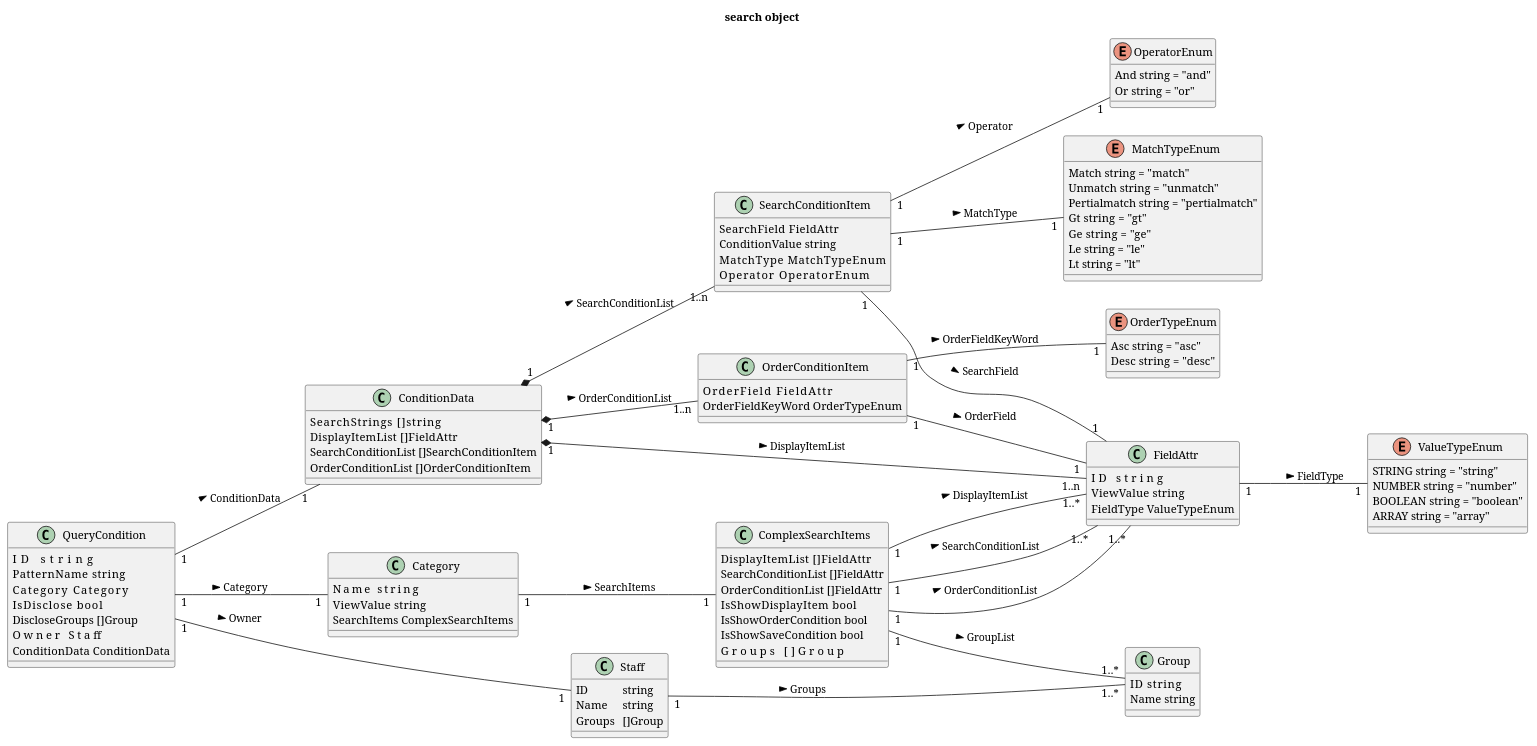
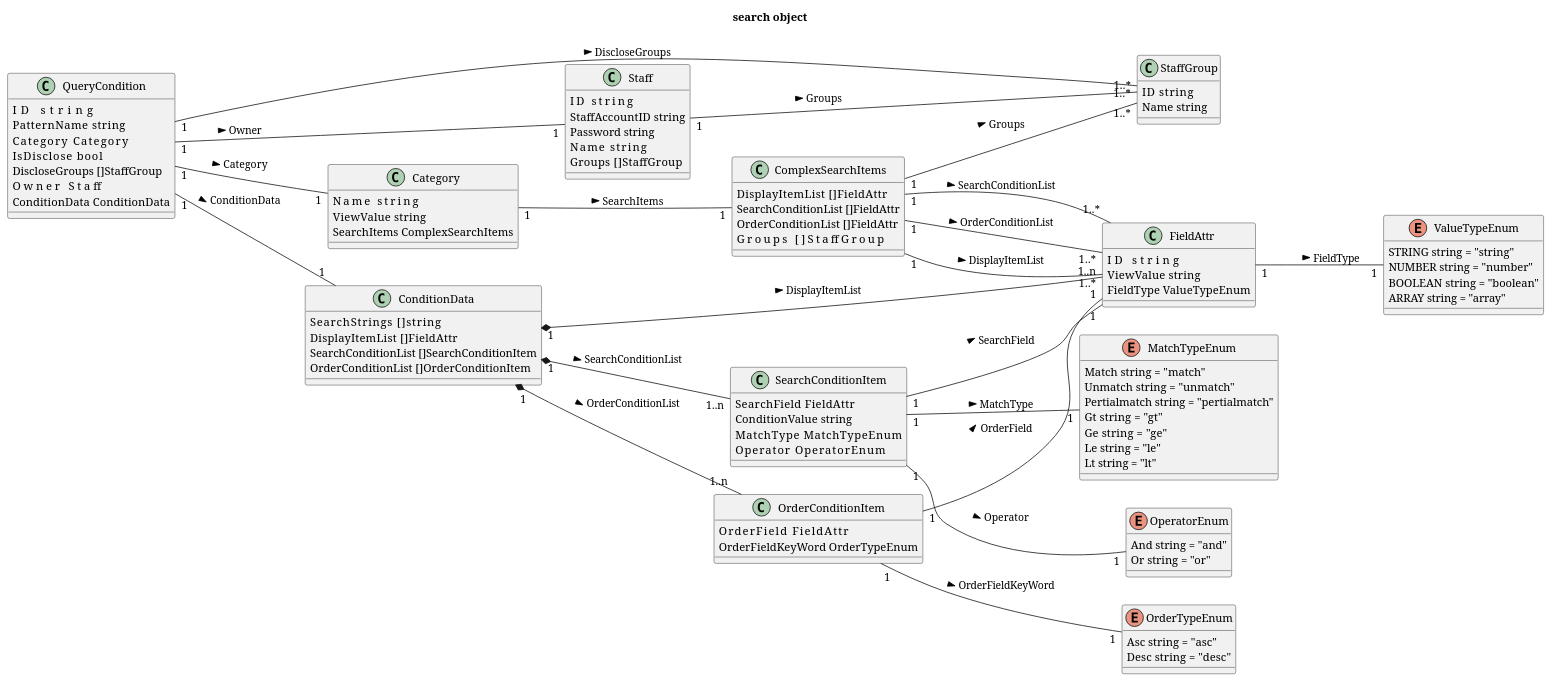
One commit to wazatoki/Regulus changed the first of 2 diagrams in documents/search.md. Above: the diagram before and after it, drawn with PlantUML. The commit also changed other lines of this file and 44 other files, not shown here.

````diff
--- a/documents/search.md
+++ b/documents/search.md
@@ -29,7 +29,7 @@
 
 FieldAttr "1" -- "1" ValueTypeEnum : FieldType >
 
-class Group {
+class StaffGroup {
 	ID   string
 	Name string
 }
@@ -38,16 +38,13 @@
 	DisplayItemList      []FieldAttr
 	SearchConditionList  []FieldAttr
 	OrderConditionList   []FieldAttr
-	IsShowDisplayItem    bool
-	IsShowOrderCondition bool
-	IsShowSaveCondition  bool
-	Groups               []Group
+	Groups               []StaffGroup
 }
 
 ComplexSearchItems "1" -- "1..*" FieldAttr : DisplayItemList >
 ComplexSearchItems "1" -- "1..*" FieldAttr : SearchConditionList >
 ComplexSearchItems "1" -- "1..*" FieldAttr : OrderConditionList >
-ComplexSearchItems "1" -- "1..*" Group : GroupList >
+ComplexSearchItems "1" -- "1..*" StaffGroup : Groups >
 
 class Category {
 	Name        string
@@ -108,19 +105,21 @@
 ConditionData "1" *-- "1..n" OrderConditionItem : OrderConditionList >
 
 class Staff {
-	ID		string
-	Name	string
-	Groups	[]Group
+	ID       string
+	StaffAccountID  string
+	Password string
+	Name     string
+	Groups   []StaffGroup
 }
 
-Staff "1" -- "1..*" Group : Groups >
+Staff "1" -- "1..*" StaffGroup : Groups >
 
 class QueryCondition {
     ID             string
 	PatternName    string
 	Category       Category
 	IsDisclose     bool
-	DiscloseGroups []Group
+	DiscloseGroups []StaffGroup
 	Owner          Staff
 	ConditionData  ConditionData
 }
@@ -128,6 +127,8 @@
 QueryCondition "1" -- "1" Category : Category >
 QueryCondition "1" -- "1" ConditionData : ConditionData >
 QueryCondition "1" -- "1" Staff : Owner >
+QueryCondition "1" -- "1..*" StaffGroup : DiscloseGroups >
 
 @enduml
+
 ```
````
